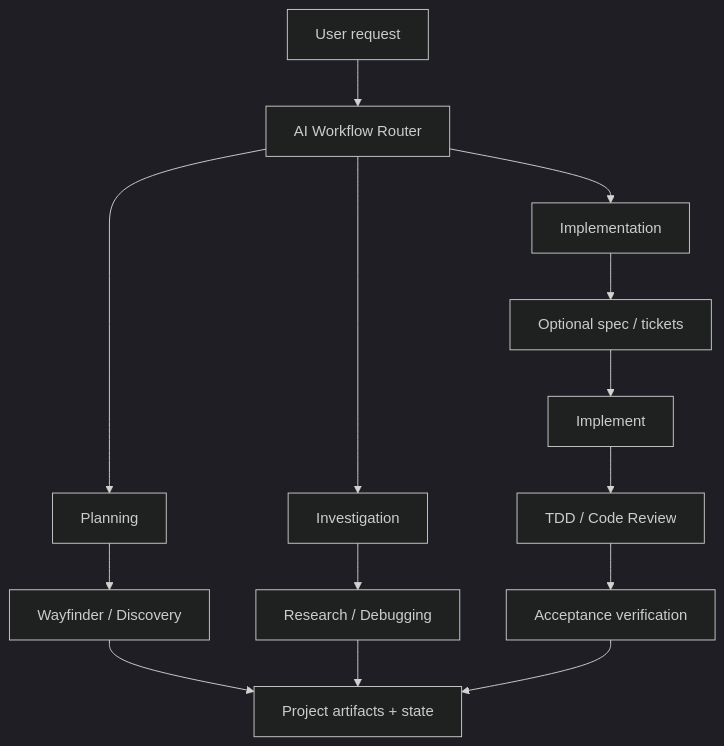
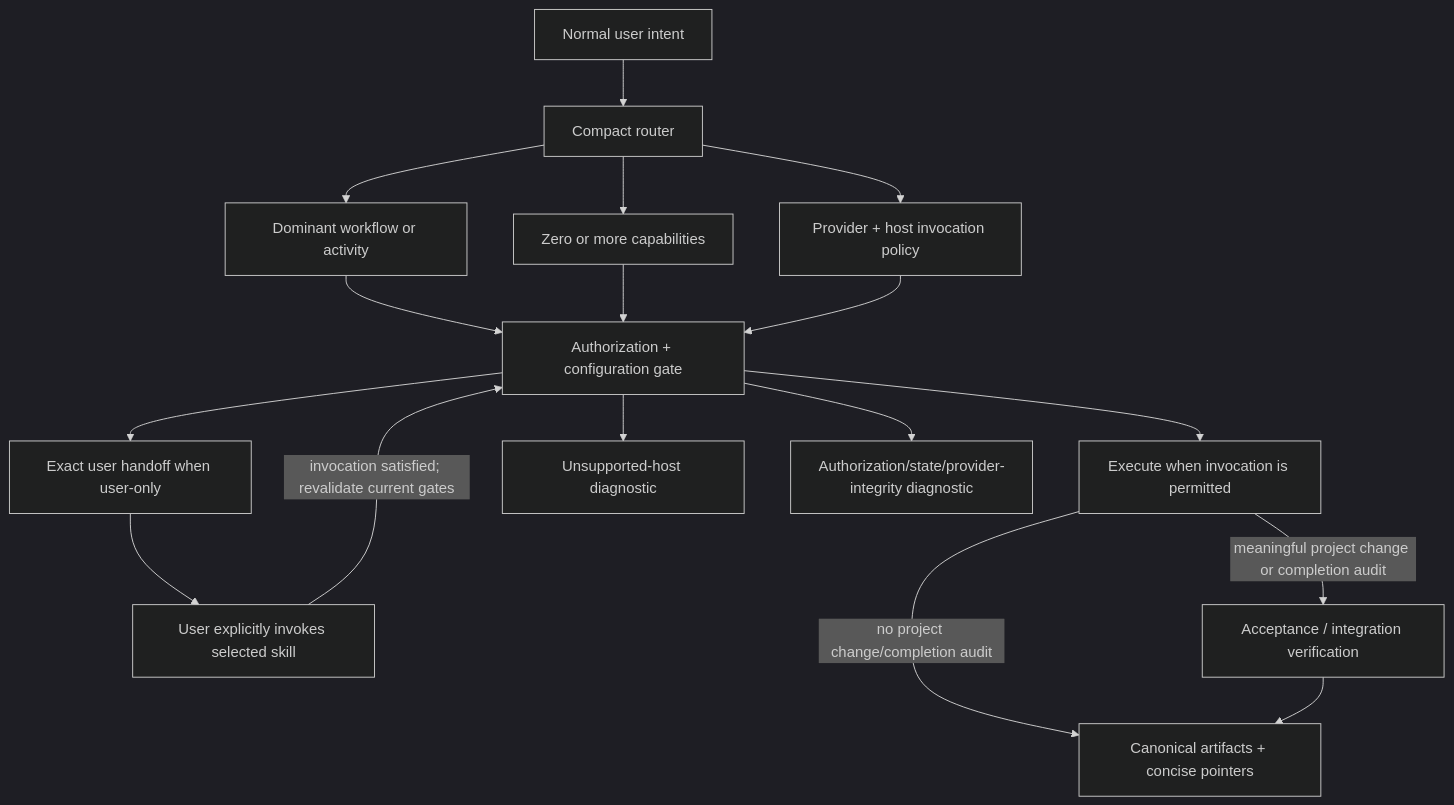
The diagram in docs/architecture.md (jimmfan/agentic-workflow), drawn with Mermaid (dark theme) before and after one commit. The commit also changed other lines of this file and 30 other files, not shown here.

````diff
--- a/docs/architecture.md
+++ b/docs/architecture.md
@@ -19,19 +20,19 @@
 ```mermaid
 flowchart TD
-    request[User request] --> router[AI Workflow Router]
-
-    router --> planning[Planning]
-    router --> investigation[Investigation]
-    router --> delivery[Implementation]
-
-    planning --> planningSkills["Wayfinder / Discovery"]
-    investigation --> investigationSkills["Research / Debugging"]
-    delivery --> preparation["Optional spec / tickets"]
-    preparation --> implement[Implement]
-    implement --> quality["TDD / Code Review"]
-
-    planningSkills --> outcome["Project artifacts + state"]
-    investigationSkills --> outcome
-    quality --> verification[Acceptance verification]
-    verification --> outcome
+    request["Normal user intent"] --> router["Compact router"]
+    router --> dominant["Dominant workflow or activity"]
+    router --> capabilities["Zero or more capabilities"]
+    router --> policy["Provider + host invocation policy"]
+    dominant --> gate["Authorization + configuration gate"]
+    capabilities --> gate
+    policy --> gate
+    gate --> execute["Execute when invocation is permitted"]
+    gate --> handoff["Exact user handoff when user-only"]
+    gate --> unavailable["Unsupported-host diagnostic"]
+    gate --> blocked["Authorization/state/provider-integrity diagnostic"]
+    handoff --> explicit["User explicitly invokes selected skill"]
+    explicit -->|"invocation satisfied; revalidate current gates"| gate
+    execute -->|"no project change/completion audit"| outcome
+    execute -->|"meaningful project change or completion audit"| verification["Acceptance / integration verification"]
+    verification --> outcome["Canonical artifacts + concise pointers"]
 ```
````
